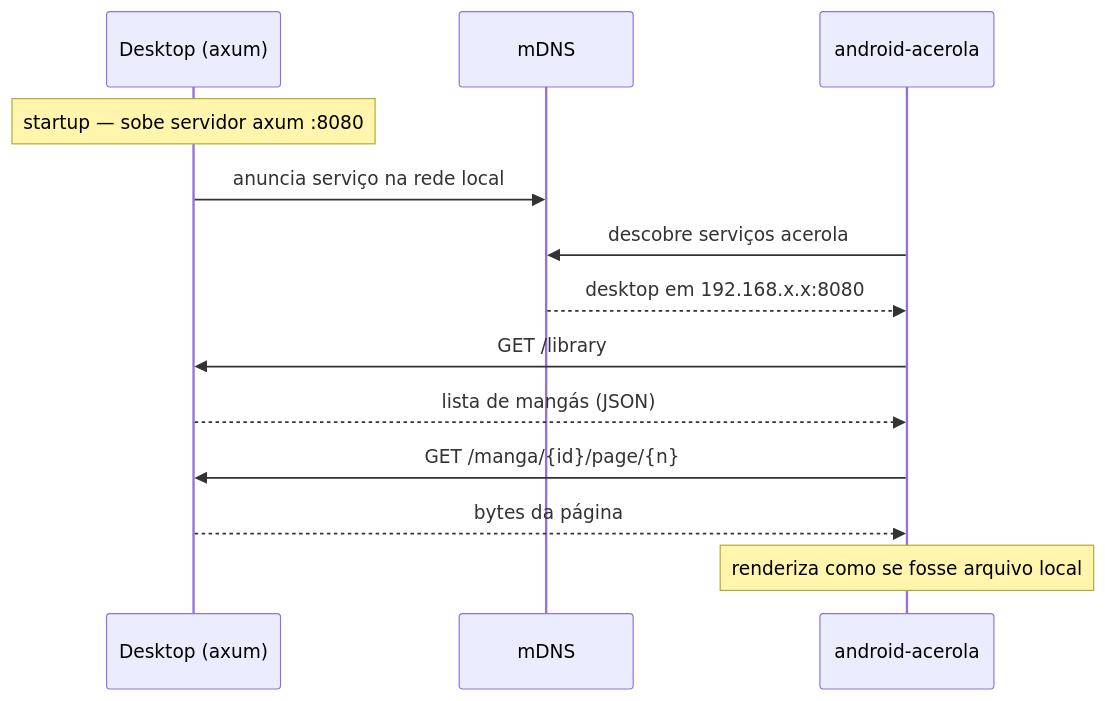
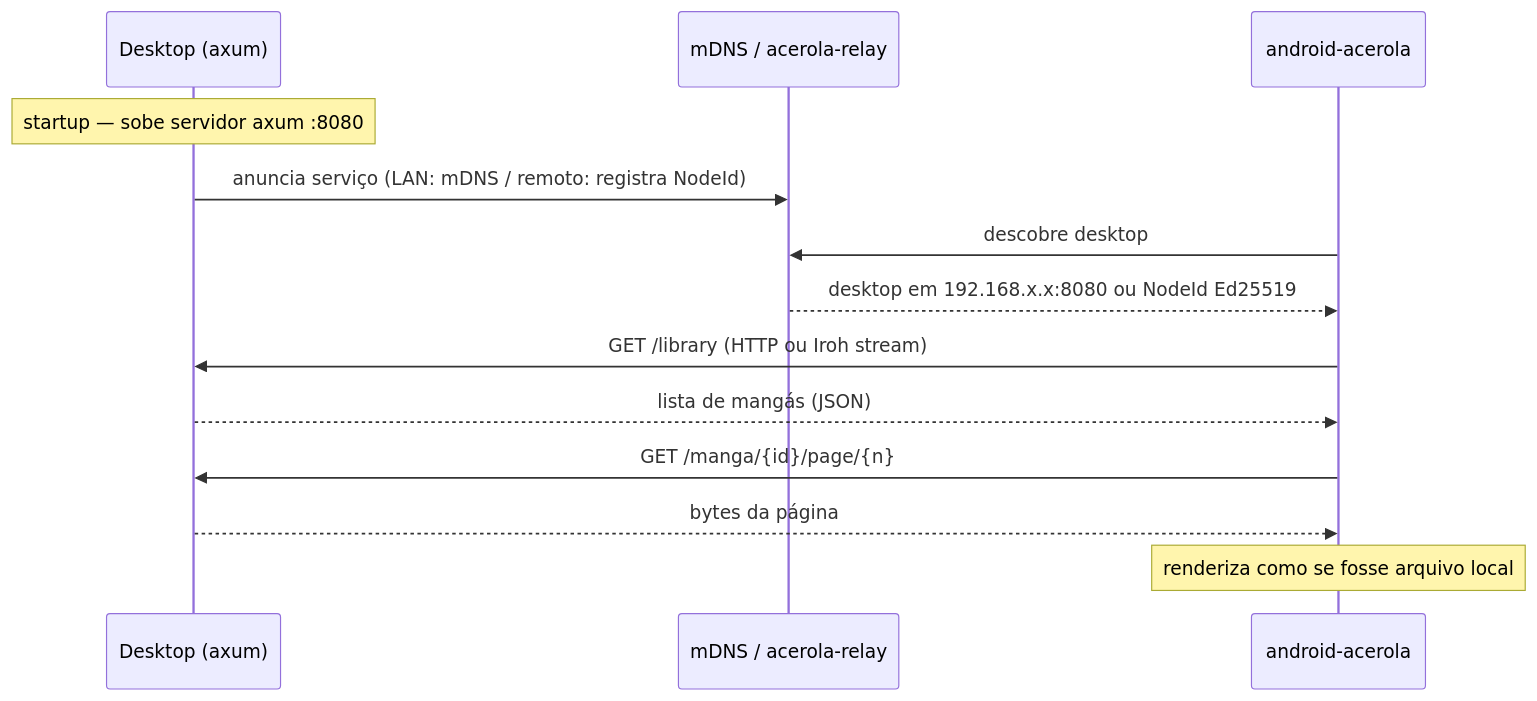
The second of 4 diagrams in README.md (Vinicius-Gabriel-P-Leitao/acerola-desktop), drawn with Mermaid before and after one commit. The commit also changed other lines of this file, not shown here.

````diff
--- a/README.md
+++ b/README.md
@@ -87,20 +118,20 @@
 ```mermaid
 sequenceDiagram
     participant D as Desktop (axum)
-    participant M as mDNS
+    participant M as mDNS / acerola-relay
     participant A as android-acerola
 
     Note over D: startup — sobe servidor axum :8080
-    D->>M: anuncia serviço na rede local
+    D->>M: anuncia serviço (LAN: mDNS / remoto: registra NodeId)
 
-    A->>M: descobre serviços acerola
-    M-->>A: desktop em 192.168.x.x:8080
+    A->>M: descobre desktop
+    M-->>A: desktop em 192.168.x.x:8080 ou NodeId Ed25519
 
-    A->>D: GET /library
+    A->>D: GET /library (HTTP ou Iroh stream)
     D-->>A: lista de mangás (JSON)
 
     A->>D: GET /manga/{id}/page/{n}
     D-->>A: bytes da página
 
     Note over A: renderiza como se fosse arquivo local
 ```
````
